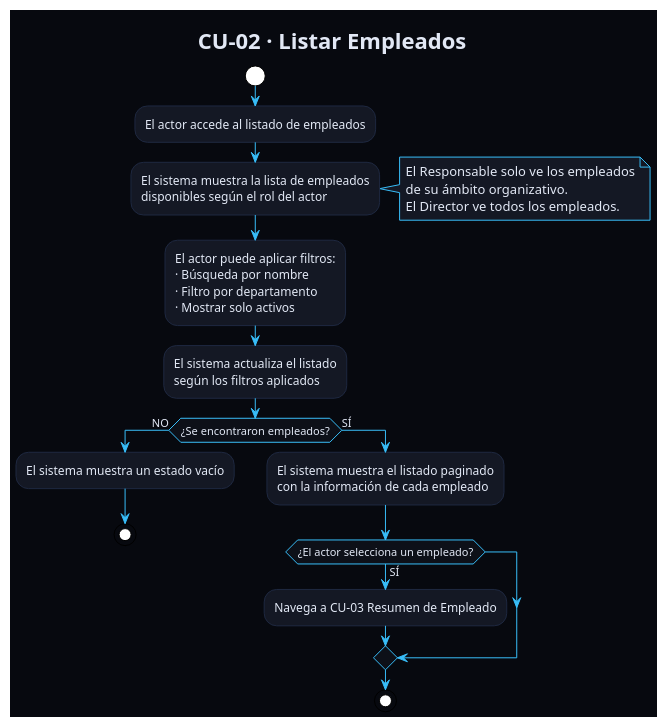
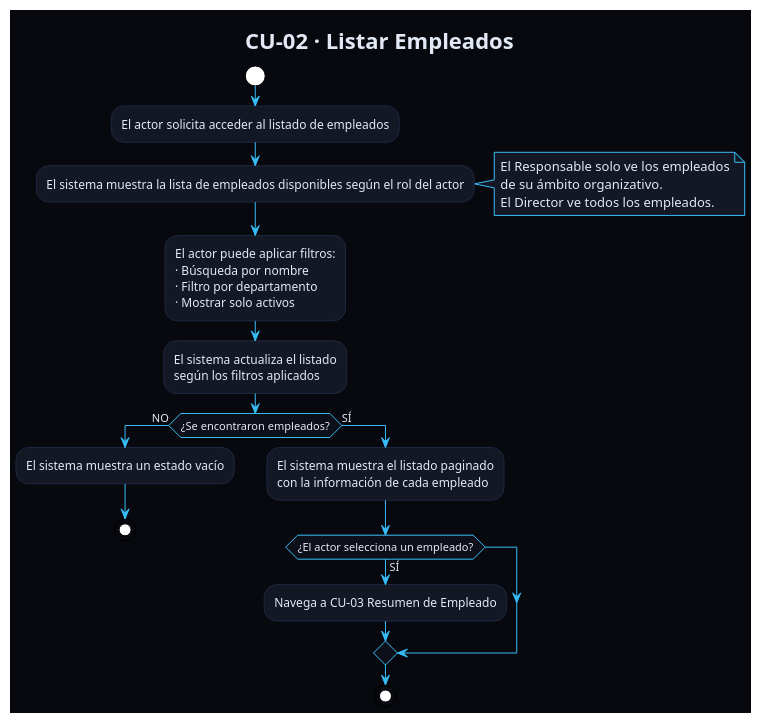
Before and after one commit to Jorgeog25/GII-TFG-2026: the diagram in Estudiantes/cesar-garcia-eguiguren/Capítulo-2/diagramas/CdU/flujoCU02.puml, drawn with PlantUML. The commit also changed 13 other files, not shown here.

Commit message:
actualización de diagramas

```diff
--- a/Estudiantes/cesar-garcia-eguiguren/Capítulo-2/diagramas/CdU/flujoCU02.puml
+++ b/Estudiantes/cesar-garcia-eguiguren/Capítulo-2/diagramas/CdU/flujoCU02.puml
@@ -1,47 +1,46 @@
 @startuml CU02_ListarEmpleados
 !theme plain
 skinparam backgroundColor #07090F
 skinparam defaultFontColor #E2E8F5
 skinparam ArrowColor #38BDF8
 skinparam ActivityBorderColor #1E2840
 skinparam ActivityBackgroundColor #141824
 skinparam ActivityDiamondBackgroundColor #0D1018
 skinparam ActivityDiamondBorderColor #38BDF8
 skinparam NoteBackgroundColor #141824
 skinparam NoteBorderColor #38BDF8
 
 title CU-02 · Listar Empleados
 
 start
-:El actor accede al listado de empleados;
-:El sistema muestra la lista de empleados
-disponibles según el rol del actor;
+:El actor solicita acceder al listado de empleados;
+:El sistema muestra la lista de empleados disponibles según el rol del actor;
 
 note right
   El Responsable solo ve los empleados
   de su ámbito organizativo.
   El Director ve todos los empleados.
 end note
 
 :El actor puede aplicar filtros:
 · Búsqueda por nombre
 · Filtro por departamento
 · Mostrar solo activos;
 
 :El sistema actualiza el listado
 según los filtros aplicados;
 
 if (¿Se encontraron empleados?) then (NO)
   :El sistema muestra un estado vacío;
   stop
 else (SÍ)
   :El sistema muestra el listado paginado
   con la información de cada empleado;
 
   if (¿El actor selecciona un empleado?) then (SÍ)
     :Navega a CU-03 Resumen de Empleado;
   endif
   stop
 endif
 
 @enduml
```
